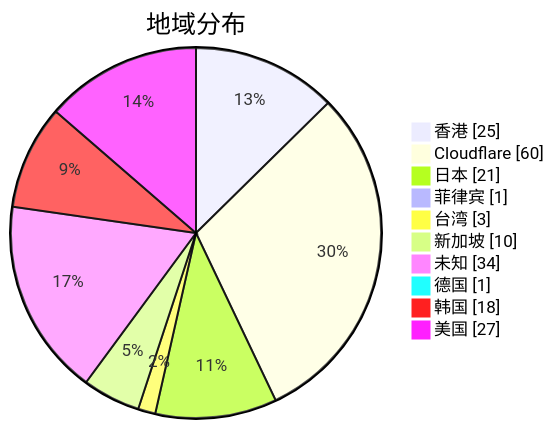
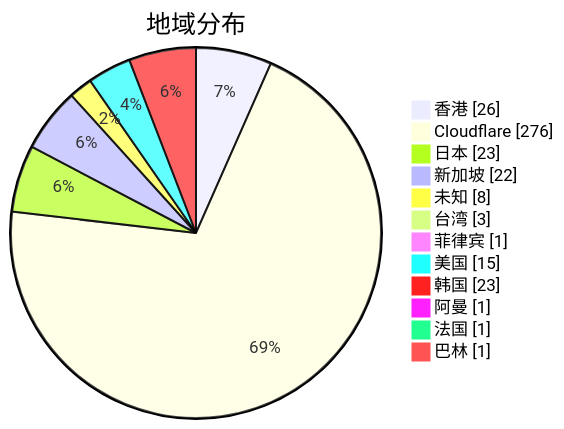
Before and after one commit to qjlxg/airport: the second of 3 diagrams in subs/statistics/tested_within.md, drawn with Mermaid. The commit also changed other lines of this file and 2 other files, not shown here.

````diff
--- a/subs/statistics/tested_within.md
+++ b/subs/statistics/tested_within.md
@@ -12,14 +14,16 @@
 ```mermaid
 pie showData
 title 地域分布
-"香港" : 25
-"Cloudflare" : 60
-"日本" : 21
+"香港" : 26
+"Cloudflare" : 276
+"日本" : 23
+"新加坡" : 22
+"未知" : 8
+"台湾" : 3
 "菲律宾" : 1
-"台湾" : 3
-"新加坡" : 10
-"未知" : 34
-"德国" : 1
-"韩国" : 18
-"美国" : 27
+"美国" : 15
+"韩国" : 23
+"阿曼" : 1
+"法国" : 1
+"巴林" : 1
 ```
````
